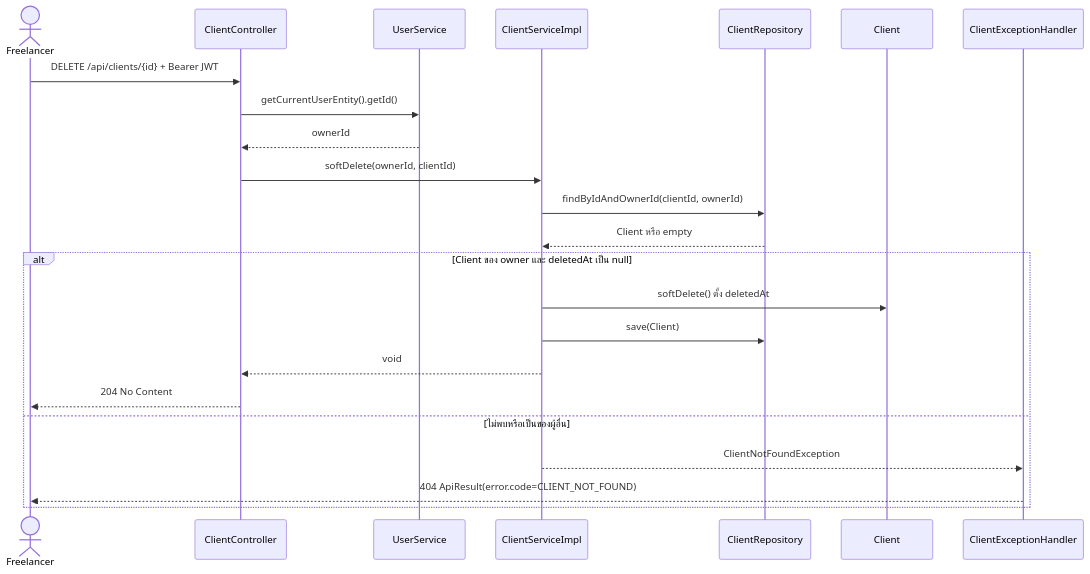
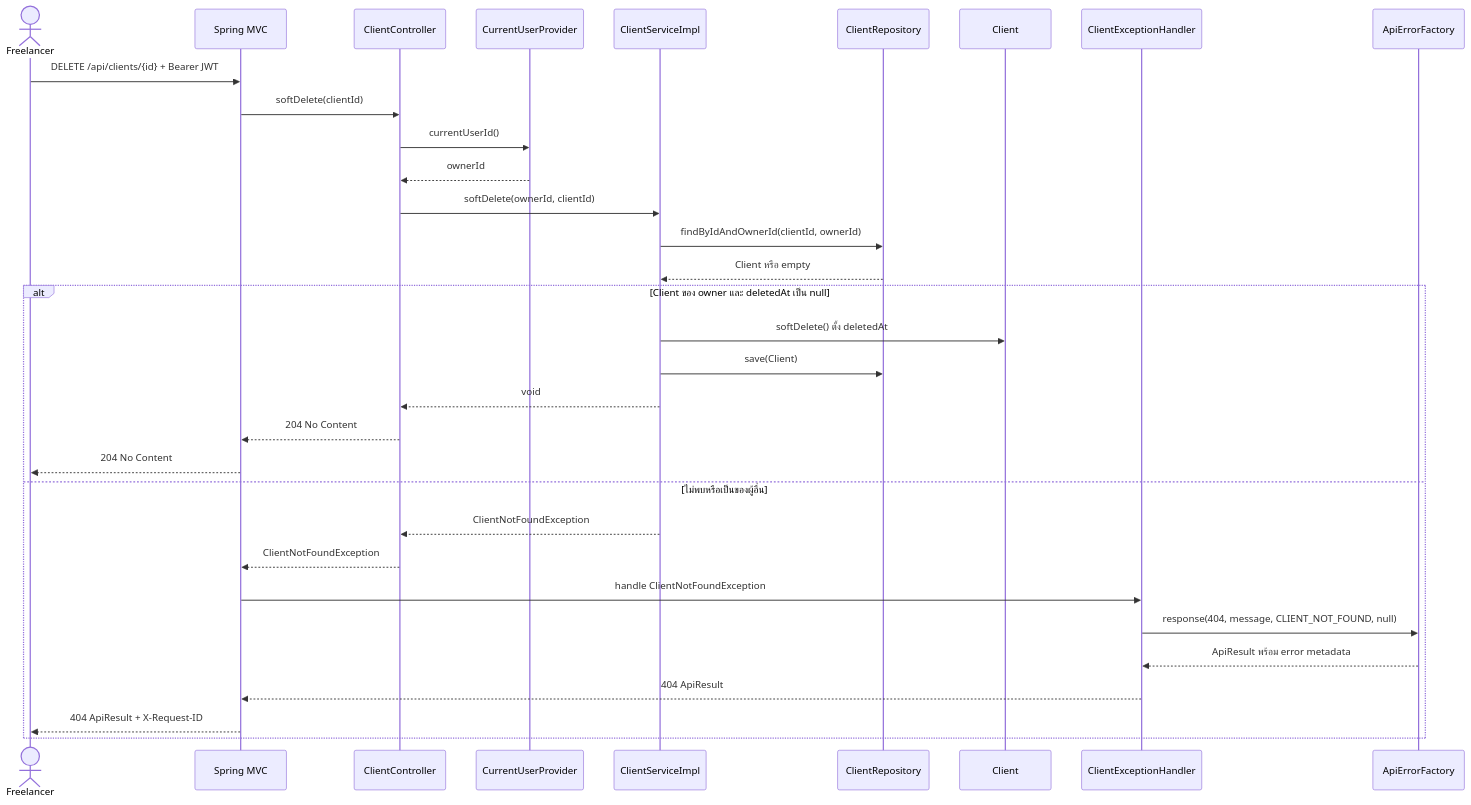
One commit to lillianxhub/freelance-hub changed the diagram in doc/V1/USECASE/thirawat-usecase.md. Above: the diagram before and after it, drawn with Mermaid. The commit also changed other lines of this file and 2 other files, not shown here.

Commit message:
docs(client): align SOLID and use cases with shared error handling

````diff
--- a/doc/V1/USECASE/thirawat-usecase.md
+++ b/doc/V1/USECASE/thirawat-usecase.md
@@ -120,26 +135,35 @@
 ```mermaid
 sequenceDiagram
     actor F as Freelancer
+    participant M as Spring MVC
     participant C as ClientController
-    participant U as UserService
+    participant U as CurrentUserProvider
     participant S as ClientServiceImpl
     participant R as ClientRepository
     participant E as Client
     participant H as ClientExceptionHandler
+    participant A as ApiErrorFactory
 
-    F->>C: DELETE /api/clients/{id} + Bearer JWT
-    C->>U: getCurrentUserEntity().getId()
+    F->>M: DELETE /api/clients/{id} + Bearer JWT
+    M->>C: softDelete(clientId)
+    C->>U: currentUserId()
     U-->>C: ownerId
     C->>S: softDelete(ownerId, clientId)
     S->>R: findByIdAndOwnerId(clientId, ownerId)
     R-->>S: Client หรือ empty
     alt Client ของ owner และ deletedAt เป็น null
         S->>E: softDelete() ตั้ง deletedAt
         S->>R: save(Client)
         S-->>C: void
-        C-->>F: 204 No Content
+        C-->>M: 204 No Content
+        M-->>F: 204 No Content
     else ไม่พบหรือเป็นของผู้อื่น
-        S-->>H: ClientNotFoundException
-        H-->>F: 404 ApiResult(error.code=CLIENT_NOT_FOUND)
+        S-->>C: ClientNotFoundException
+        C-->>M: ClientNotFoundException
+        M->>H: handle ClientNotFoundException
+        H->>A: response(404, message, CLIENT_NOT_FOUND, null)
+        A-->>H: ApiResult พร้อม error metadata
+        H-->>M: 404 ApiResult
+        M-->>F: 404 ApiResult + X-Request-ID
     end
 ```
````
